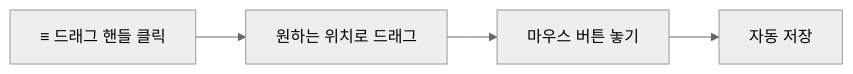
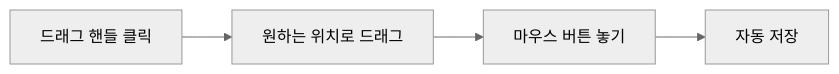
Before and after one commit to serbi2012/time-manager: the diagram in src/docs/work-preset.md, drawn with Mermaid (neutral theme). The commit also changed other lines of this file and 8 other files, not shown here.

````diff
--- a/src/docs/work-preset.md
+++ b/src/docs/work-preset.md
@@ -101,6 +96,6 @@
 ```mermaid
 flowchart LR
-    A[≡ 드래그 핸들 클릭] --> B[원하는 위치로 드래그]
+    A[드래그 핸들 클릭] --> B[원하는 위치로 드래그]
     B --> C[마우스 버튼 놓기]
     C --> D[자동 저장]
 ```
````
